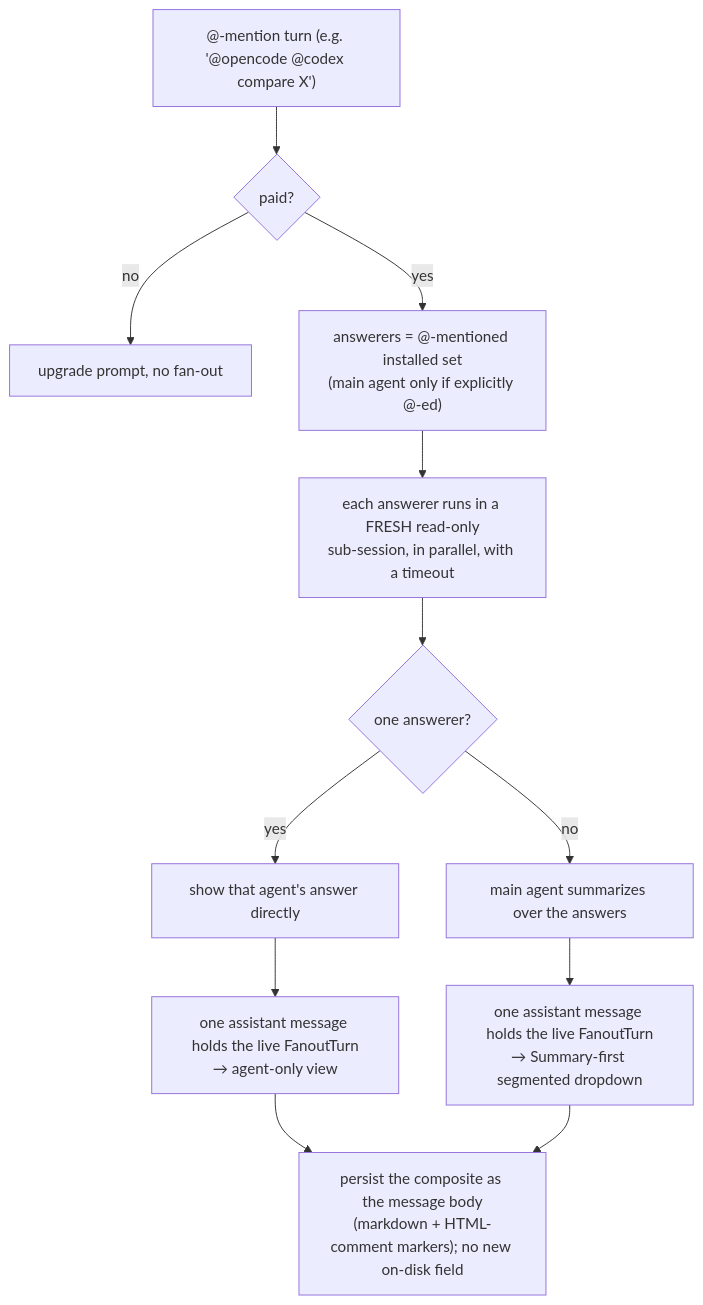
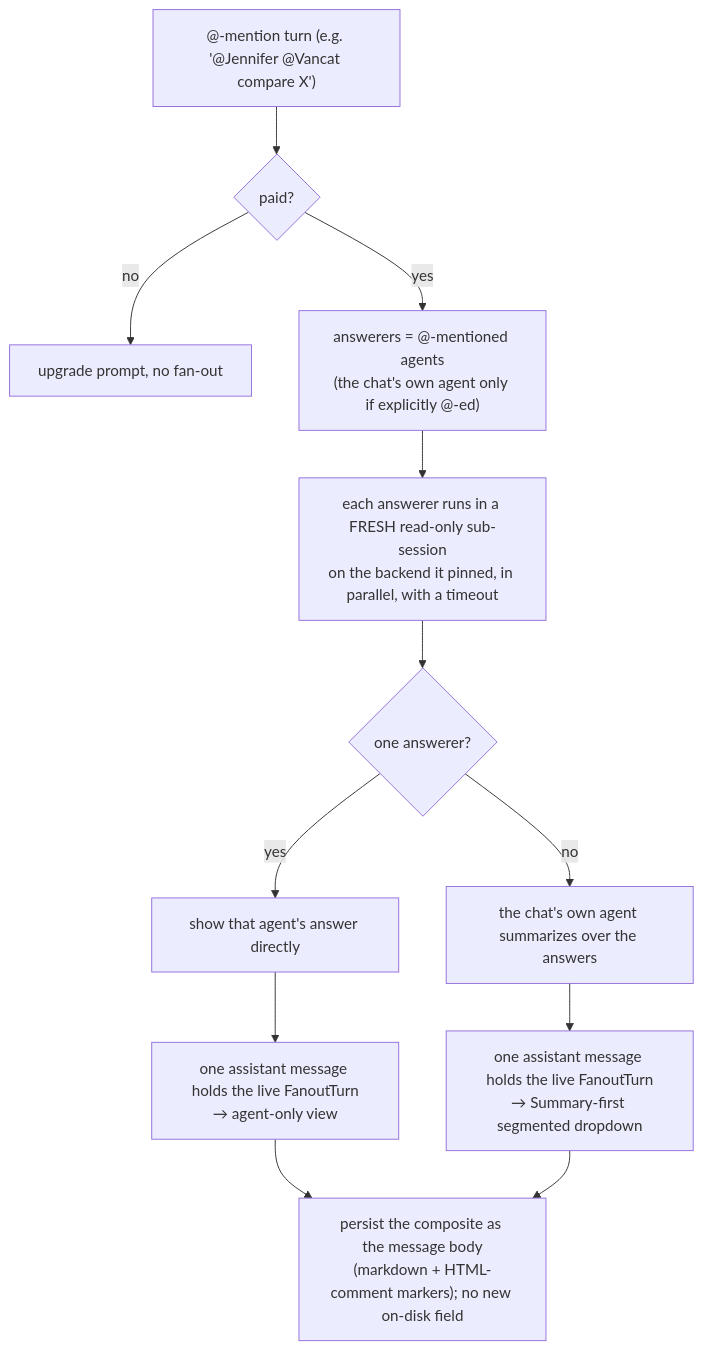
Before and after one commit to logancyang/obsidian-copilot: the diagram in designdocs/MULTI_AGENT_FANOUT_ARCHITECTURE.md, drawn with Mermaid. The commit also changed other lines of this file and 3 other files, not shown here.

First line of the commit message:
Describe fan-out as asking your own agents

````diff
--- a/designdocs/MULTI_AGENT_FANOUT_ARCHITECTURE.md
+++ b/designdocs/MULTI_AGENT_FANOUT_ARCHITECTURE.md
@@ -10,14 +11,14 @@
 ```mermaid
 flowchart TD
-    U["@-mention turn (e.g. '@opencode @codex compare X')"] --> G{paid?}
+    U["@-mention turn (e.g. '@Jennifer @Vancat compare X')"] --> G{paid?}
     G -- no --> P[upgrade prompt, no fan-out]
-    G -- yes --> A["answerers = @-mentioned installed set<br/>(main agent only if explicitly @-ed)"]
-    A --> AN["each answerer runs in a FRESH read-only<br/>sub-session, in parallel, with a timeout"]
+    G -- yes --> A["answerers = @-mentioned agents<br/>(the chat's own agent only if explicitly @-ed)"]
+    A --> AN["each answerer runs in a FRESH read-only sub-session<br/>on the backend it pinned, in parallel, with a timeout"]
     AN --> C{"one answerer?"}
     C -- yes --> D["show that agent's answer directly"]
-    C -- no --> S["main agent summarizes over the answers"]
+    C -- no --> S["the chat's own agent summarizes over the answers"]
     D --> M1["one assistant message holds the live FanoutTurn<br/>→ agent-only view"]
     S --> M2["one assistant message holds the live FanoutTurn<br/>→ Summary-first segmented dropdown"]
     M1 --> SAVE["persist the composite as the message body<br/>(markdown + HTML-comment markers); no new on-disk field"]
     M2 --> SAVE
 ```
````
